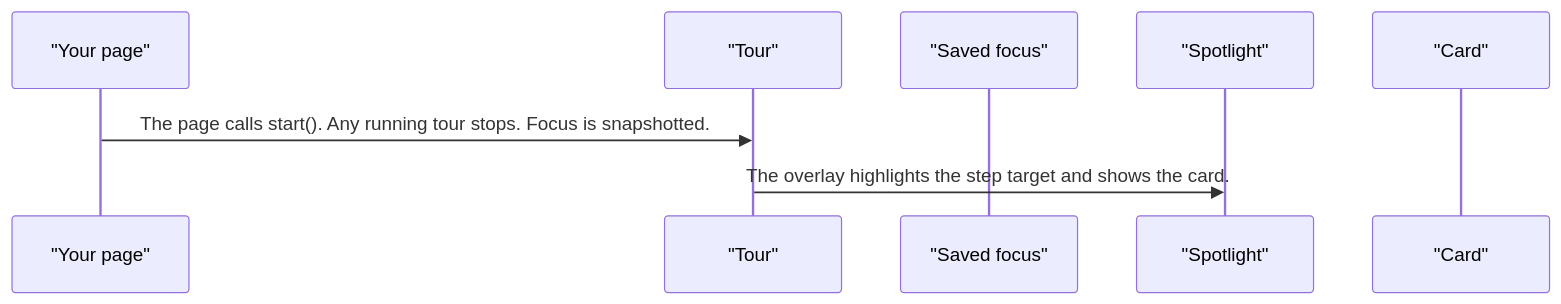
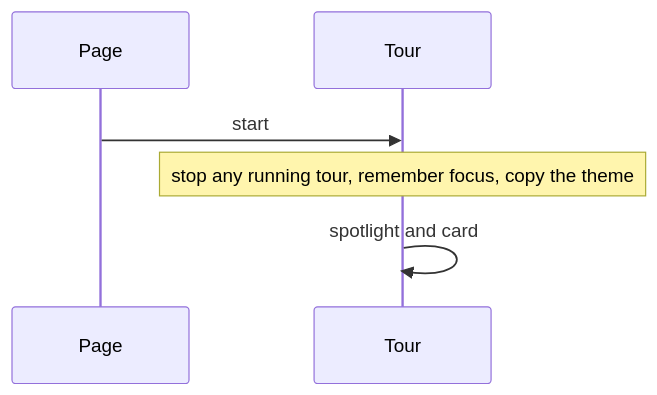
The second of 4 diagrams in projects/pixel-ui/src/lib/pixel-tour/DESIGN.md (RajshekharBorate/pixel-ui), drawn with Mermaid before and after one commit. The commit also changed other lines of this file and 73 other files, not shown here.

Commit message:
Explain who owns each value and what each flow does in every component and service design.

````diff
--- a/projects/pixel-ui/src/lib/pixel-tour/DESIGN.md
+++ b/projects/pixel-ui/src/lib/pixel-tour/DESIGN.md
@@ -53,10 +64,8 @@
 ```mermaid
 sequenceDiagram
-  participant page as "Your page"
-  participant tour as "Tour"
-  participant focus as "Saved focus"
-  participant spot as "Spotlight"
-  participant card as "Card"
-  page->>tour: The page calls start(). Any running tour stops. Focus is snapshotted.
-  tour->>spot: The overlay highlights the step target and shows the card.
+  participant Page
+  participant Tour
+  Page->>Tour: start
+  Note over Tour: stop any running tour, remember focus, copy the theme
+  Tour->>Tour: spotlight and card
 ```
````
